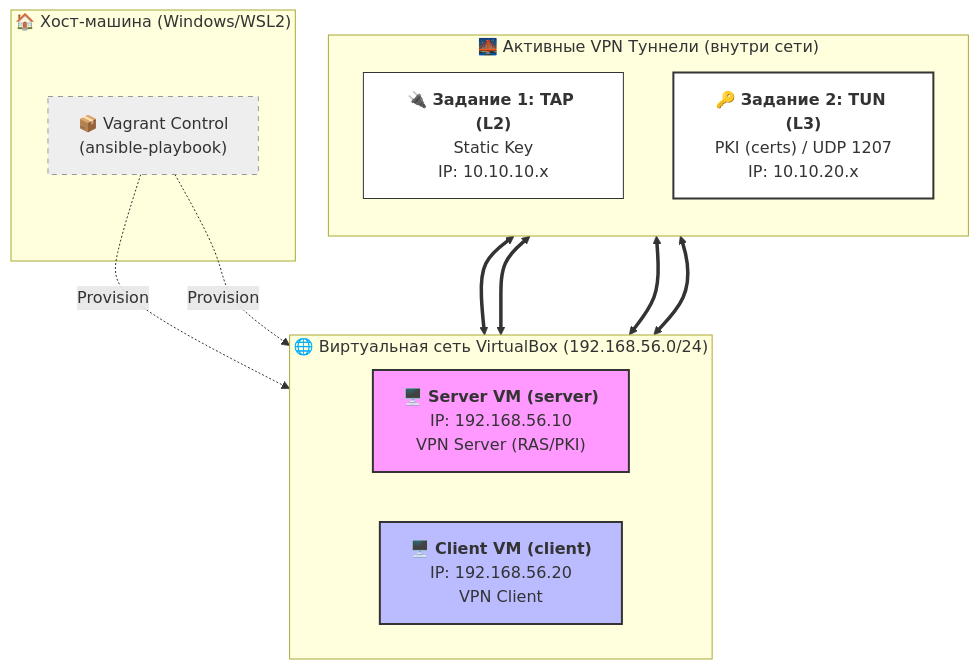
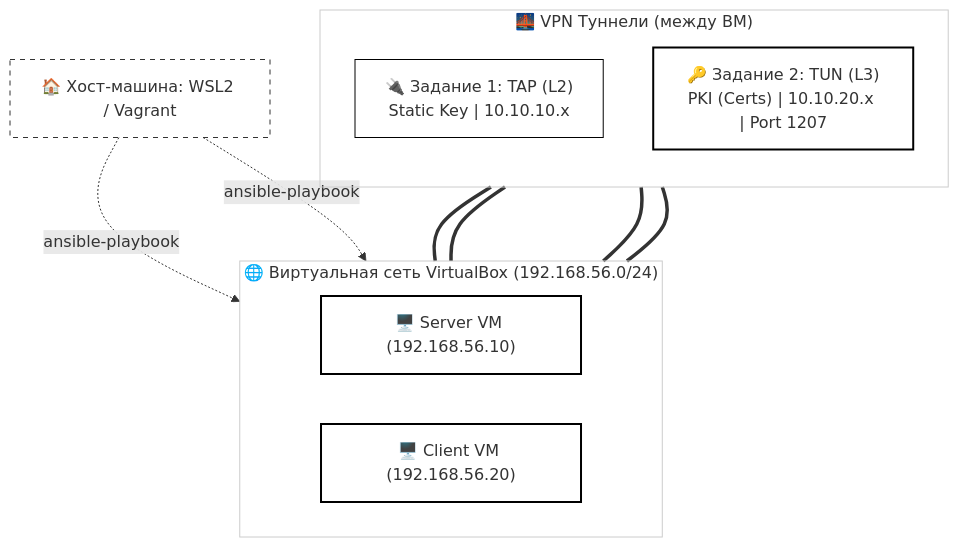
One commit to mrAlexbody/otus_linux-pro-2025-08 changed the diagram in 23_VPN/README.md. Above: the diagram before and after it, drawn with Mermaid.

Commit message:
HW 23 "VPN"

````diff
--- a/23_VPN/README.md
+++ b/23_VPN/README.md
@@ -31,38 +31,35 @@
 ```mermaid
 graph TD
-    subgraph "🏠 Хост-машина (Windows/WSL2)"
-        Vagrant["📦 Vagrant Control<br/>(ansible-playbook)"]
+    %% Определение узлов
+    Host[🏠 Хост-машина: WSL2 / Vagrant]
+    
+    subgraph LAN ["🌐 Виртуальная сеть VirtualBox (192.168.56.0/24)"]
+        direction LR
+        Server["🖥️ Server VM (192.168.56.10)"]
+        Client["🖥️ Client VM (192.168.56.20)"]
     end
 
-    subgraph "🌐 Виртуальная сеть VirtualBox (192.168.56.0/24)"
-        direction LR
-        
-        VM1["🖥️ <b>Server VM (server)</b><br/>IP: 192.168.56.10<br/>VPN Server (RAS/PKI)"]
-        
-        VM2["🖥️ <b>Client VM (client)</b><br/>IP: 192.168.56.20<br/>VPN Client"]
-
-        %% Линии управления
-        Vagrant -.->|Provision| VM1
-        Vagrant -.->|Provision| VM2
+    subgraph VPN ["🌉 VPN Туннели (между ВМ)"]
+        direction TB
+        TAP["🔌 Задание 1: TAP (L2)<br/>Static Key | 10.10.10.x"]
+        TUN["🔑 Задание 2: TUN (L3)<br/>PKI (Certs) | 10.10.20.x | Port 1207"]
     end
 
-    subgraph "🌉 Активные VPN Туннели (внутри сети)"
-        direction TB
-        
-        TAP["🔌 <b>Задание 1: TAP (L2)</b><br/>Static Key<br/>IP: 10.10.10.x"]
-        
-        TUN["🔑 <b>Задание 2: TUN (L3)</b><br/>PKI (certs) / UDP 1207<br/>IP: 10.10.20.x"]
+    %% Связи управления
+    Host -.->|ansible-playbook| Server
+    Host -.->|ansible-playbook| Client
 
-        %% Отрисовка туннелей между VM
-        VM1 <==> TAP <==> VM2
-        VM1 <==> TUN <==> VM2
-    end
+    %% Связи туннелей
+    Server === TAP === Client
+    Server === TUN === Client
 
-    %% Стилизация
-    style VM1 fill:#f9f,stroke:#333,stroke-width:2px
-    style VM2 fill:#bbf,stroke:#333,stroke-width:2px
-    style Vagrant fill:#eee,stroke:#999,stroke-dasharray: 5 5
-    style TAP fill:#fff,stroke:#333
-    style TUN fill:#fff,stroke:#333,stroke-width:2px
+    %% Сброс стилей для максимальной чёткости
+    style Server fill:none,stroke:#000,stroke-width:2px
+    style Client fill:none,stroke:#000,stroke-width:2px
+    style Host fill:none,stroke:#333,stroke-dasharray: 5 5
+    style TAP fill:none,stroke:#000
+    style TUN fill:none,stroke:#000,stroke-width:2px
+    style LAN fill:none,stroke:#ccc
+    style VPN fill:none,stroke:#ccc
 
 ```
````
